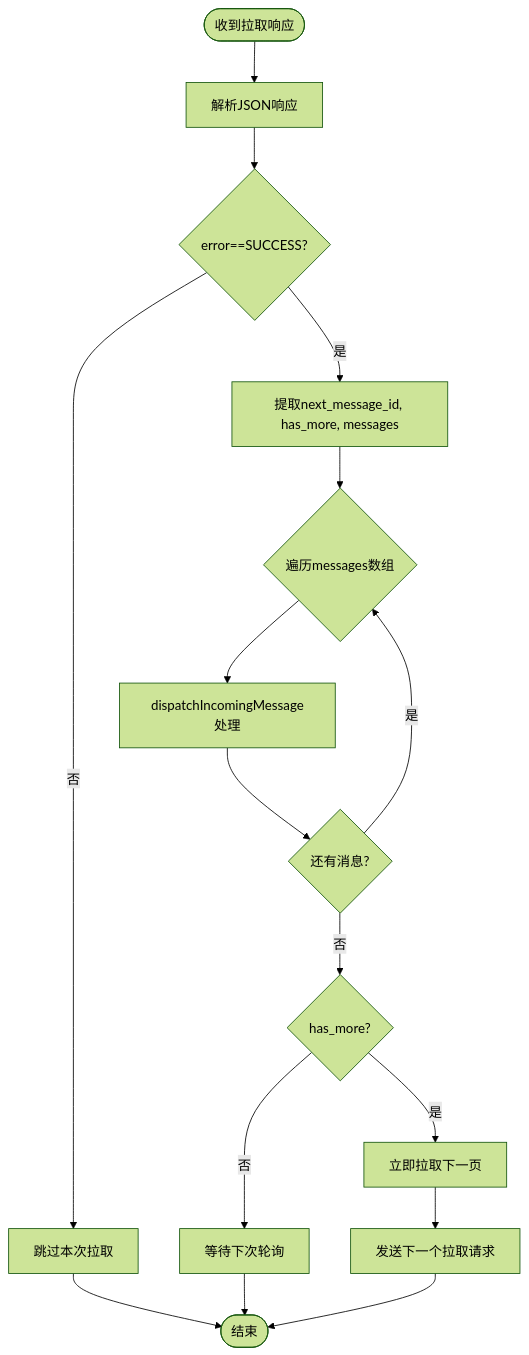
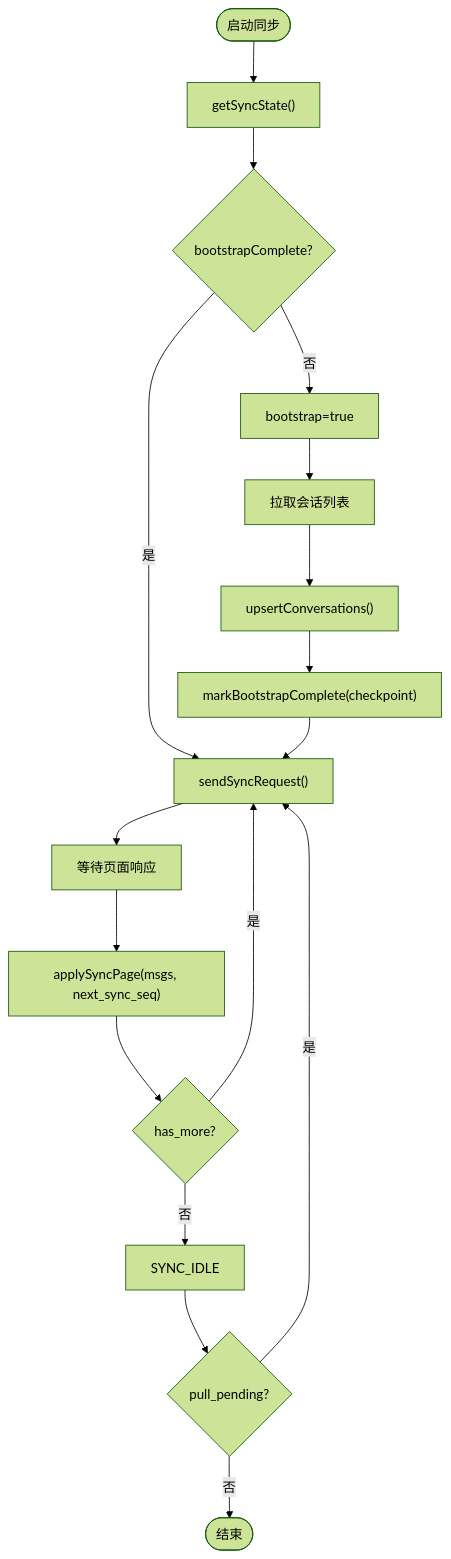
Before and after one commit to echo9923/mychatter: the fifth of 11 diagrams in .qoder/repowiki/zh/content/核心功能模块/聊天消息系统/离线消息投递系统.md, drawn with Mermaid (forest theme). The commit also changed other lines of this file and 132 other files, not shown here.

````diff
--- a/.qoder/repowiki/zh/content/核心功能模块/聊天消息系统/离线消息投递系统.md
+++ b/.qoder/repowiki/zh/content/核心功能模块/聊天消息系统/离线消息投递系统.md
@@ -333,18 +268,19 @@
 ```mermaid
 flowchart TD
-Start(["收到拉取响应"]) --> ParseJson["解析JSON响应"]
-ParseJson --> CheckError{"error==SUCCESS?"}
-CheckError --> |否| SkipPull["跳过本次拉取"]
-CheckError --> |是| ExtractFields["提取next_message_id, has_more, messages"]
-ExtractFields --> LoopMessages{"遍历messages数组"}
-LoopMessages --> DispatchMsg["dispatchIncomingMessage处理"]
-DispatchMsg --> NextMessage{"还有消息?"}
-NextMessage --> |是| LoopMessages
-NextMessage --> |否| CheckHasMore{"has_more?"}
-CheckHasMore --> |是| PullNext["立即拉取下一页"]
-PullNext --> SendNextReq["发送下一个拉取请求"]
-CheckHasMore --> |否| WaitNext["等待下次轮询"]
-SkipPull --> End(["结束"])
-WaitNext --> End
-SendNextReq --> End
+Start(["启动同步"]) --> GetState["getSyncState()"]
+GetState --> CheckBoot{"bootstrapComplete?"}
+CheckBoot --> |是| SyncIncremental["sendSyncRequest()"]
+CheckBoot --> |否| Bootstrap["bootstrap=true"]
+Bootstrap --> GetThreads["拉取会话列表"]
+GetThreads --> UpsertConvs["upsertConversations()"]
+UpsertConvs --> MarkBoot["markBootstrapComplete(checkpoint)"]
+MarkBoot --> SyncIncremental
+SyncIncremental --> WaitPage["等待页面响应"]
+WaitPage --> ApplyPage["applySyncPage(msgs, next_sync_seq)"]
+ApplyPage --> CheckMore{"has_more?"}
+CheckMore --> |是| SyncIncremental
+CheckMore --> |否| Idle["SYNC_IDLE"]
+Idle --> CheckPending{"pull_pending?"}
+CheckPending --> |是| SyncIncremental
+CheckPending --> |否| End(["结束"])
 ```
````
